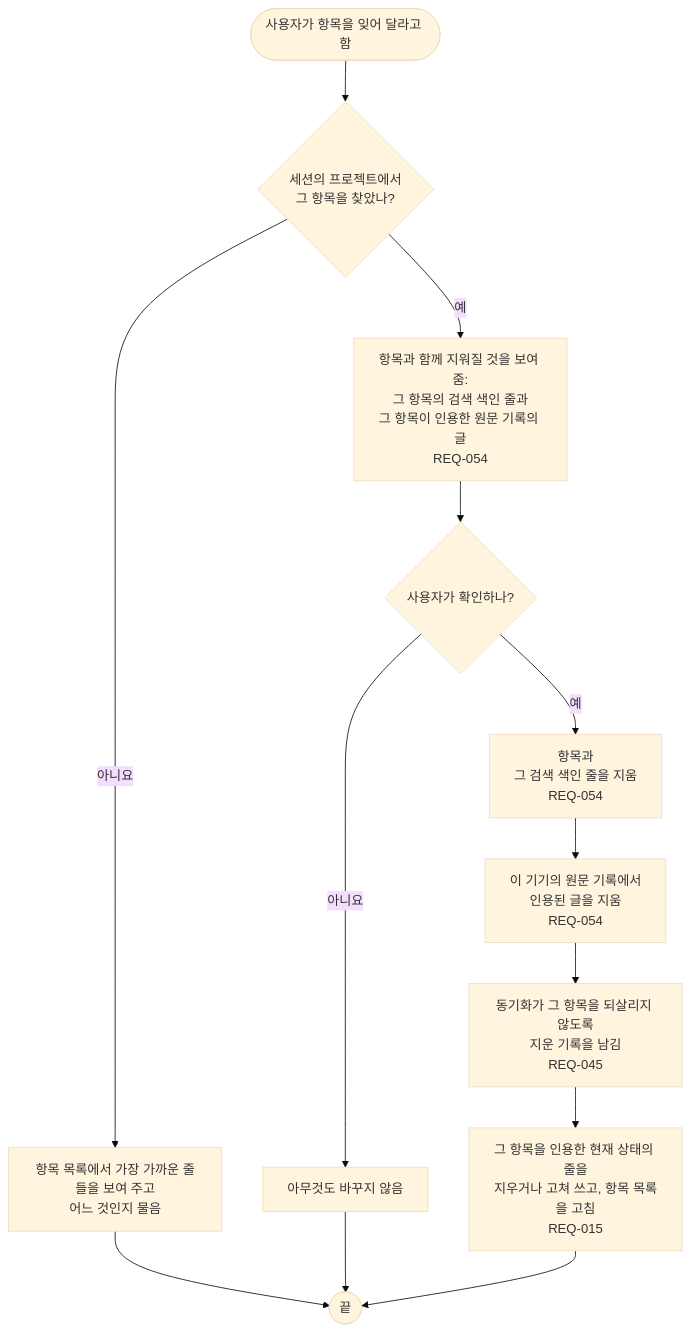
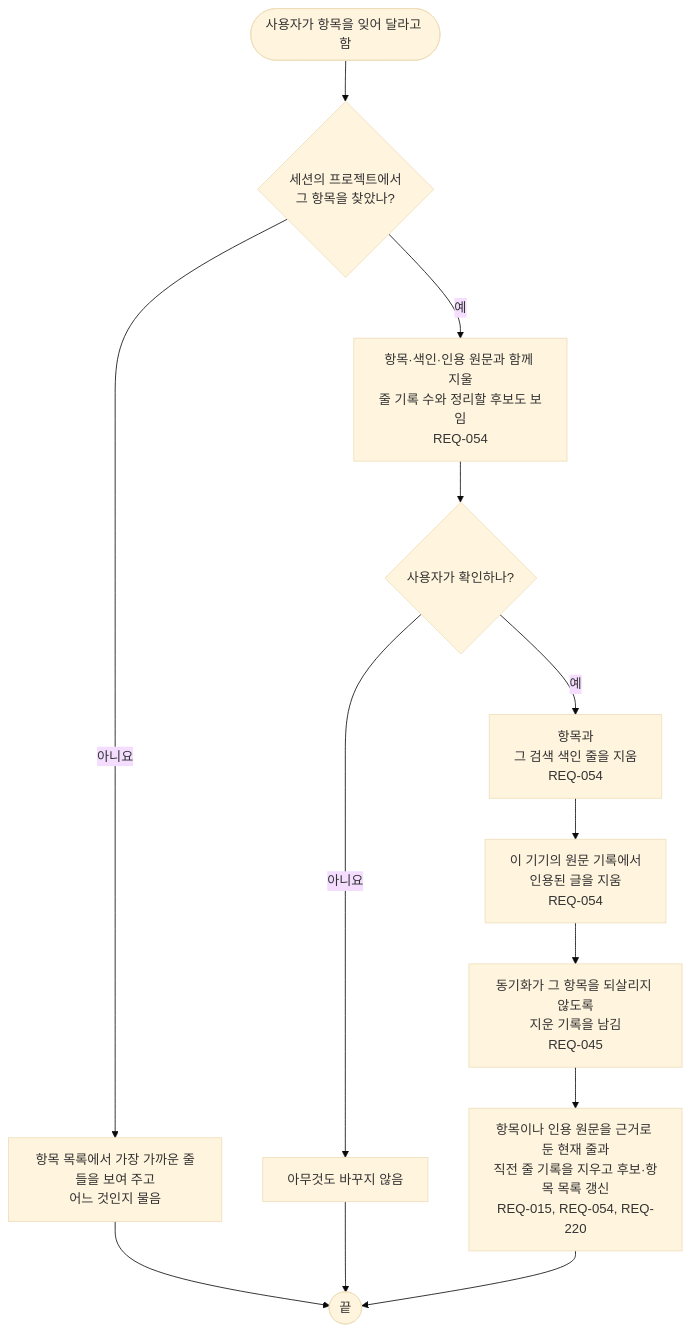
The diagram in docs/03-user-flow/memory/FL-009-forget-an-item.ko.md (kodonghui/corthex), drawn with Mermaid (base theme) before and after one commit. The commit also changed other lines of this file and 41 other files, not shown here.

````diff
--- a/docs/03-user-flow/memory/FL-009-forget-an-item.ko.md
+++ b/docs/03-user-flow/memory/FL-009-forget-an-item.ko.md
@@ -9,15 +9,15 @@
 ```mermaid
 flowchart TD
   A(["사용자가 항목을 잊어 달라고 함"]) --> B{"세션의 프로젝트에서<br/>그 항목을 찾았나?"}
   B -->|아니요| B1["항목 목록에서 가장 가까운 줄들을 보여 주고<br/>어느 것인지 물음"]
   B1 --> Z(["끝"])
-  B -->|예| C["항목과 함께 지워질 것을 보여 줌:<br/>그 항목의 검색 색인 줄과<br/>그 항목이 인용한 원문 기록의 글<br/>REQ-054"]
+  B -->|예| C["항목·색인·인용 원문과 함께 지울<br/>줄 기록 수와 정리할 후보도 보임<br/>REQ-054"]
   C --> D{"사용자가 확인하나?"}
   D -->|아니요| D1["아무것도 바꾸지 않음"]
   D1 --> Z
   D -->|예| E["항목과<br/>그 검색 색인 줄을 지움<br/>REQ-054"]
   E --> F["이 기기의 원문 기록에서<br/>인용된 글을 지움<br/>REQ-054"]
   F --> G["동기화가 그 항목을 되살리지 않도록<br/>지운 기록을 남김<br/>REQ-045"]
-  G --> H["그 항목을 인용한 현재 상태의 줄을<br/>지우거나 고쳐 쓰고, 항목 목록을 고침<br/>REQ-015"]
+  G --> H["항목이나 인용 원문을 근거로 둔 현재 줄과<br/>직전 줄 기록을 지우고 후보·항목 목록 갱신<br/>REQ-015, REQ-054, REQ-220"]
   H --> Z
 ```
````
